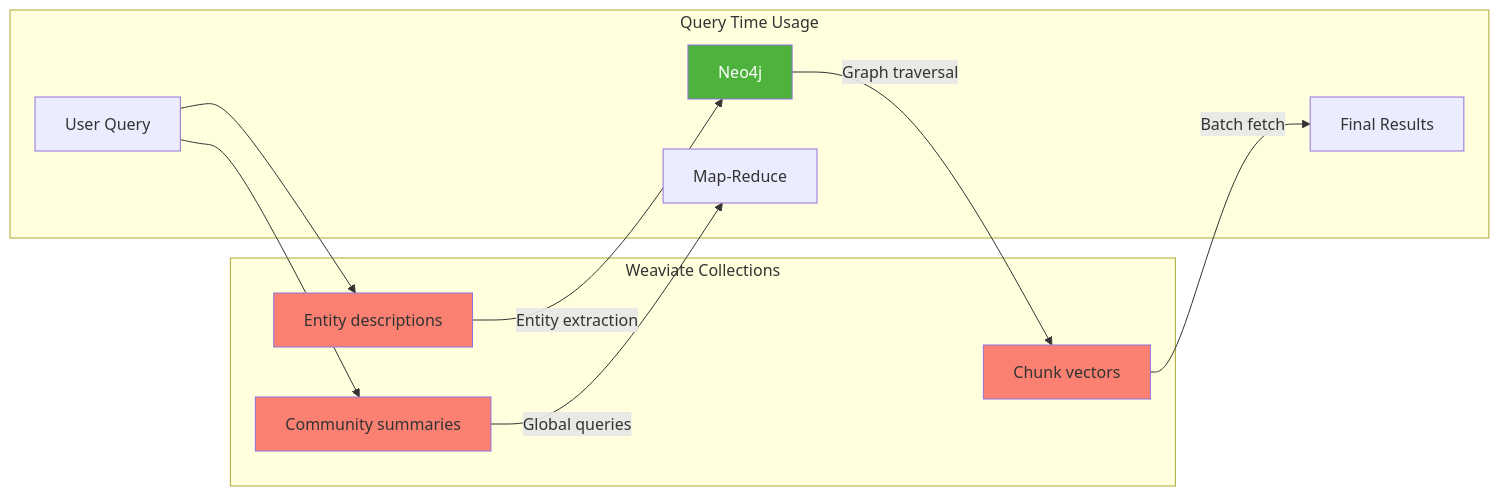
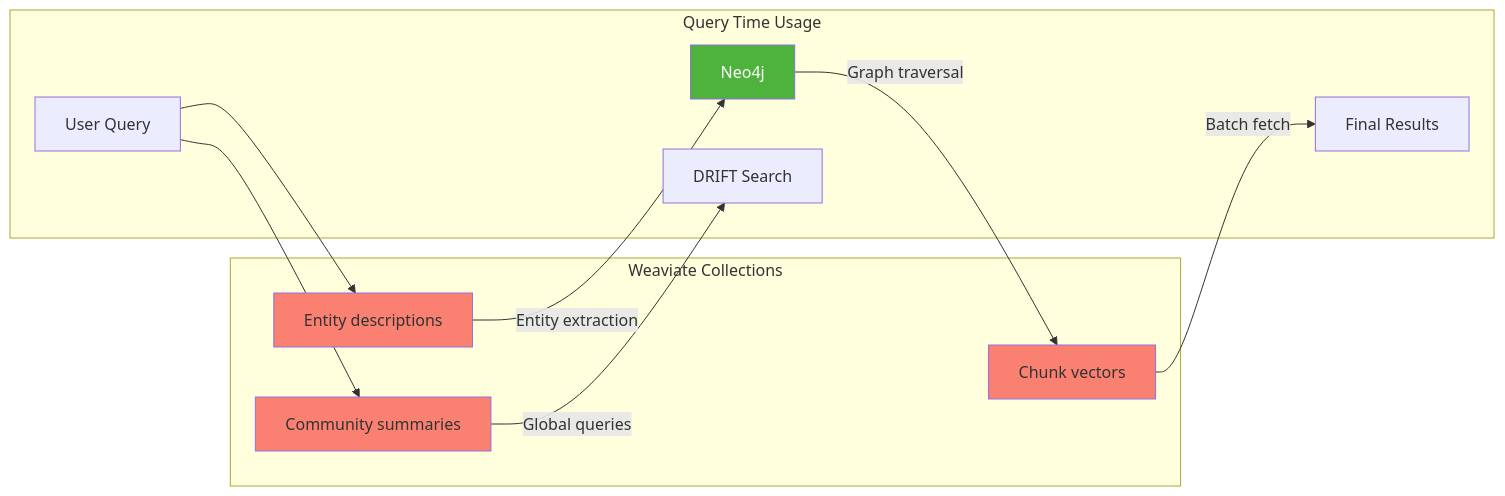
One commit to crlsrmrlsz/raglab changed the sixth of 8 diagrams in memory-bank/graphrag/graphrag_raglab_implementation.md. Above: the diagram before and after it, drawn with Mermaid. The commit also changed other lines of this file and 6 other files, not shown here.

First line of the commit message:
docs: clean up stale map-reduce references after DRIFT implementation

````diff
--- a/memory-bank/graphrag/graphrag_raglab_implementation.md
+++ b/memory-bank/graphrag/graphrag_raglab_implementation.md
@@ -455,23 +455,23 @@
 ```mermaid
 flowchart LR
     subgraph Collections["Weaviate Collections"]
         CHUNKS[Chunk vectors]
         COMMS[Community summaries]
         ENTS[Entity descriptions]
     end
 
     subgraph Usage["Query Time Usage"]
         QUERY[User Query] --> ENTS
         QUERY --> COMMS
 
         ENTS --> |Entity extraction| NEO4J[Neo4j]
         NEO4J --> |Graph traversal| CHUNKS
         CHUNKS --> |Batch fetch| RESULTS[Final Results]
-        COMMS --> |Global queries| MAPRED[Map-Reduce]
+        COMMS --> |Global queries| MAPRED[DRIFT Search]
     end
 
     style CHUNKS fill:#fa8072
     style COMMS fill:#fa8072
     style ENTS fill:#fa8072
     style NEO4J fill:#4db33d,color:white
 ```
````
